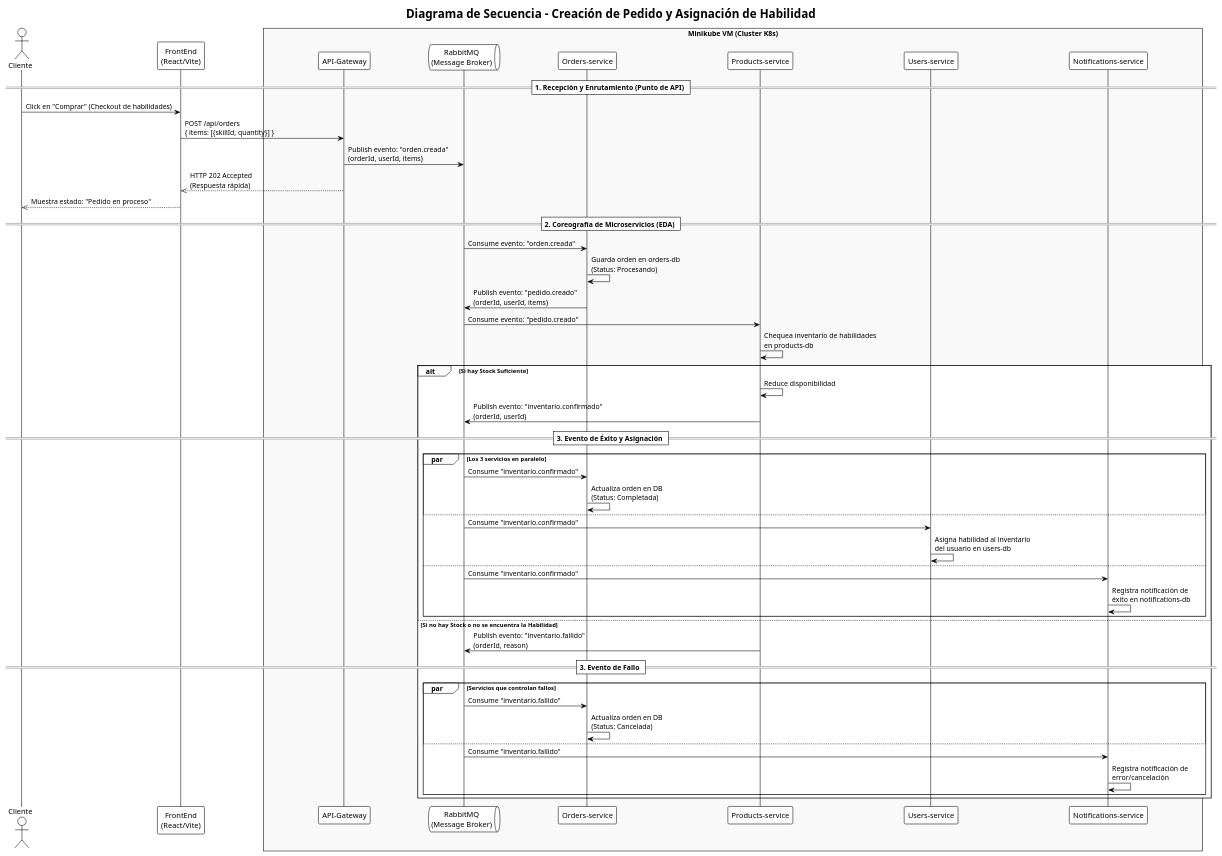
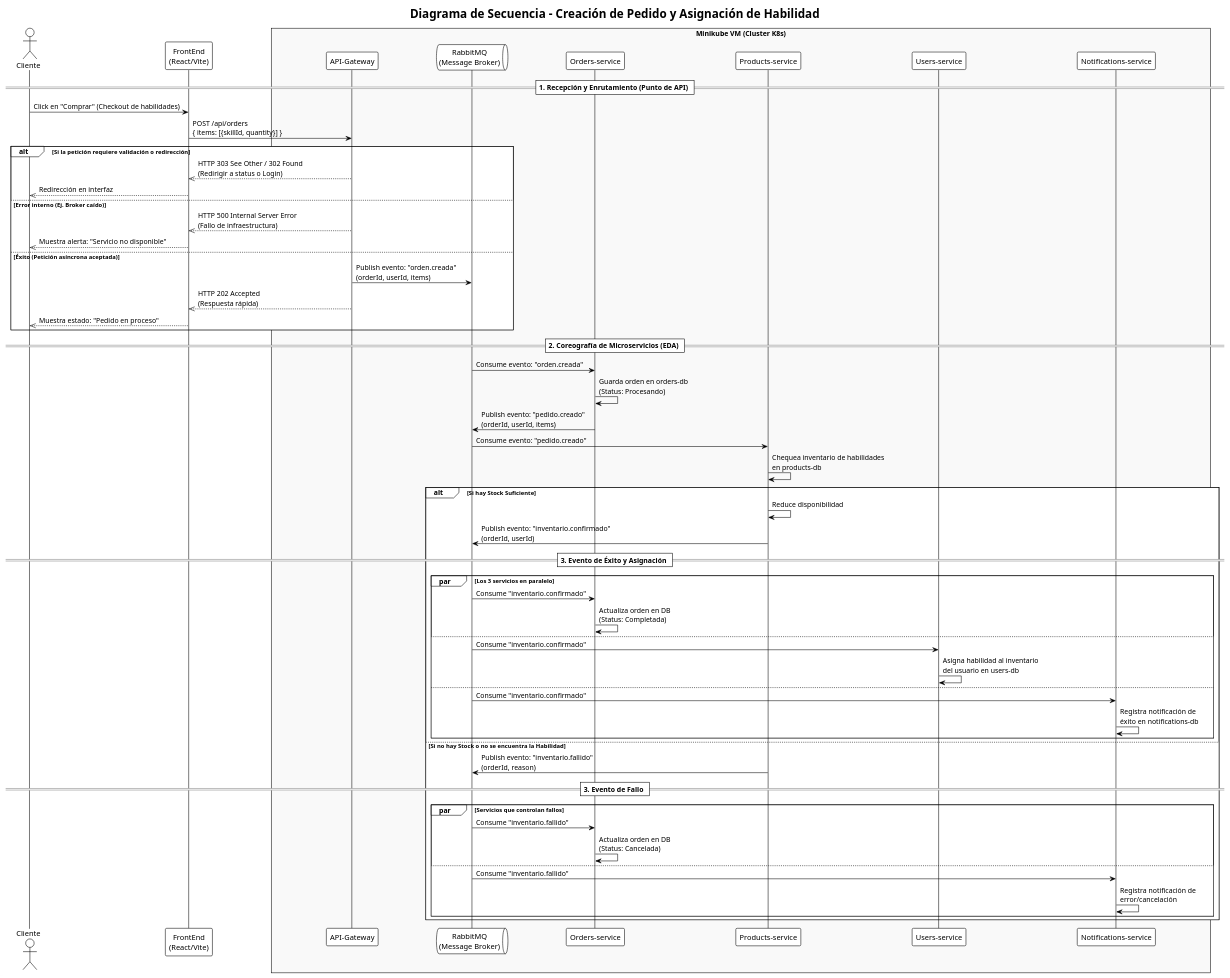
The diagram in Documentacion/diagrama-secuencia-compra.puml (melivasr/NovaLink), drawn with PlantUML before and after one commit. The commit also changed 4 other files, not shown here.

```diff
--- a/Documentacion/diagrama-secuencia-compra.puml
+++ b/Documentacion/diagrama-secuencia-compra.puml
@@ -1,69 +1,79 @@
 @startuml
 !theme plain
 
 ' Espaciados solicitados
 skinparam nodesep 500
 skinparam ranksep 300
 skinparam ParticipantPadding 100
 
 title Diagrama de Secuencia - Creación de Pedido y Asignación de Habilidad
 
 actor "Cliente" as client
 participant "FrontEnd\n(React/Vite)" as frontend
 
 box "Minikube VM (Cluster K8s)" #F9F9F9
     participant "API-Gateway" as gateway
     queue "RabbitMQ\n(Message Broker)" as broker
     participant "Orders-service" as orders
     participant "Products-service" as products
     participant "Users-service" as users
     participant "Notifications-service" as notif
 end box
 
 == 1. Recepción y Enrutamiento (Punto de API) ==
 client -> frontend : Click en "Comprar" (Checkout de habilidades)
 frontend -> gateway : POST /api/orders\n{ items: [{skillId, quantity}] }
 
-gateway -> broker : Publish evento: "orden.creada"\n(orderId, userId, items)
-gateway -->> frontend : HTTP 202 Accepted\n(Respuesta rápida)
-frontend -->> client : Muestra estado: "Pedido en proceso"
+alt Si la petición requiere validación o redirección
+    gateway -->> frontend : HTTP 303 See Other / 302 Found\n(Redirigir a status o Login)
+    frontend -->> client : Redirección en interfaz
+else Error interno (Ej. Broker caído)
+    gateway -->> frontend : HTTP 500 Internal Server Error\n(Fallo de infraestructura)
+    frontend -->> client : Muestra alerta: "Servicio no disponible"
+else Éxito (Petición asíncrona aceptada)
+    gateway -> broker : Publish evento: "orden.creada"\n(orderId, userId, items)
+    gateway -->> frontend : HTTP 202 Accepted\n(Respuesta rápida)
+    frontend -->> client : Muestra estado: "Pedido en proceso"
+end
+
+
 
 == 2. Coreografía de Microservicios (EDA) ==
 
 broker -> orders : Consume evento: "orden.creada"
 orders -> orders : Guarda orden en orders-db\n(Status: Procesando)
 orders -> broker : Publish evento: "pedido.creado"\n(orderId, userId, items)
 
 broker -> products : Consume evento: "pedido.creado"
 products -> products : Chequea inventario de habilidades\nen products-db
 
 alt Si hay Stock Suficiente
     products -> products : Reduce disponibilidad
     products -> broker : Publish evento: "inventario.confirmado"\n(orderId, userId)
     
     == 3. Evento de Éxito y Asignación ==
     par Los 3 servicios en paralelo
         broker -> orders : Consume "inventario.confirmado"
         orders -> orders : Actualiza orden en DB\n(Status: Completada)
     else
         broker -> users : Consume "inventario.confirmado"
         users -> users : Asigna habilidad al inventario\ndel usuario en users-db
     else
         broker -> notif : Consume "inventario.confirmado"
         notif -> notif : Registra notificación de\néxito en notifications-db
     end
 
 else Si no hay Stock o no se encuentra la Habilidad
     products -> broker : Publish evento: "inventario.fallido"\n(orderId, reason)
     
     == 3. Evento de Fallo ==
     par Servicios que controlan fallos
         broker -> orders : Consume "inventario.fallido"
         orders -> orders : Actualiza orden en DB\n(Status: Cancelada)
     else
         broker -> notif : Consume "inventario.fallido"
         notif -> notif : Registra notificación de\nerror/cancelación
     end
 end
 
 @enduml
```
